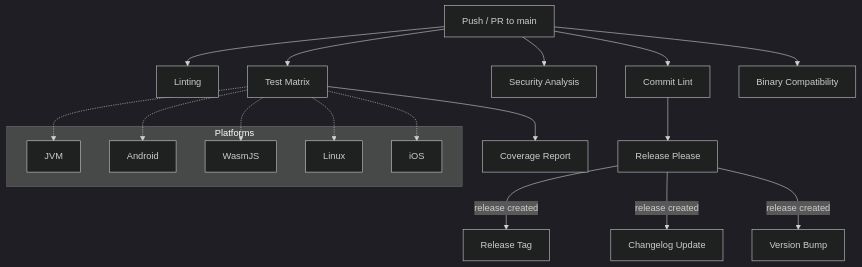
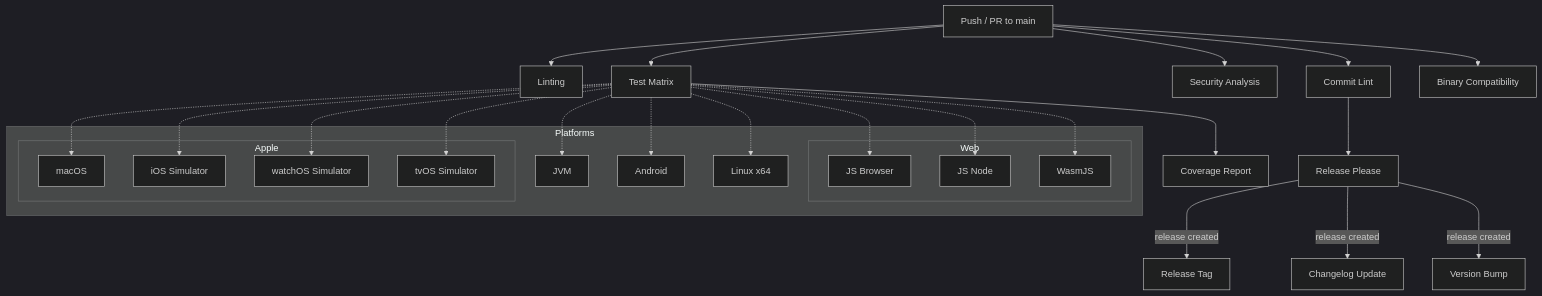
Before and after one commit to emmanuel-pastor/fake-progress-lib: the diagram in docs/CI_CD.md, drawn with Mermaid (dark theme). The commit also changed other lines of this file and 6 other files, not shown here.

````diff
--- a/docs/CI_CD.md
+++ b/docs/CI_CD.md
@@ -13,27 +13,41 @@
 ```mermaid
 graph TD
   Trigger[Push / PR to main] --> Lint[Linting]
   Trigger --> Test[Test Matrix]
   Trigger --> CodeQL[Security Analysis]
   Trigger --> CommitLint[Commit Lint]
   Trigger --> BinaryCompat[Binary Compatibility]
   Test --> Coverage[Coverage Report]
   CommitLint --> ReleasePlease[Release Please]
   ReleasePlease -->|release created| Tag[Release Tag]
   ReleasePlease -->|release created| Changelog[Changelog Update]
   ReleasePlease -->|release created| Version[Version Bump]
 
   subgraph Platforms
     JVM[JVM]
     Android[Android]
-    Wasm[WasmJS]
-    Linux[Linux]
-    iOS[iOS]
+    subgraph Web
+      JSB[JS Browser]
+      JSN[JS Node]
+      Wasm[WasmJS]
+    end
+    Linux[Linux x64]
+    subgraph Apple
+      macOS[macOS]
+      iOS[iOS Simulator]
+      watchOS[watchOS Simulator]
+      tvOS[tvOS Simulator]
+    end
   end
 
   Test -.-> JVM
   Test -.-> Android
+  Test -.-> JSB
+  Test -.-> JSN
   Test -.-> Wasm
   Test -.-> Linux
+  Test -.-> macOS
   Test -.-> iOS
+  Test -.-> watchOS
+  Test -.-> tvOS
 ```
````
